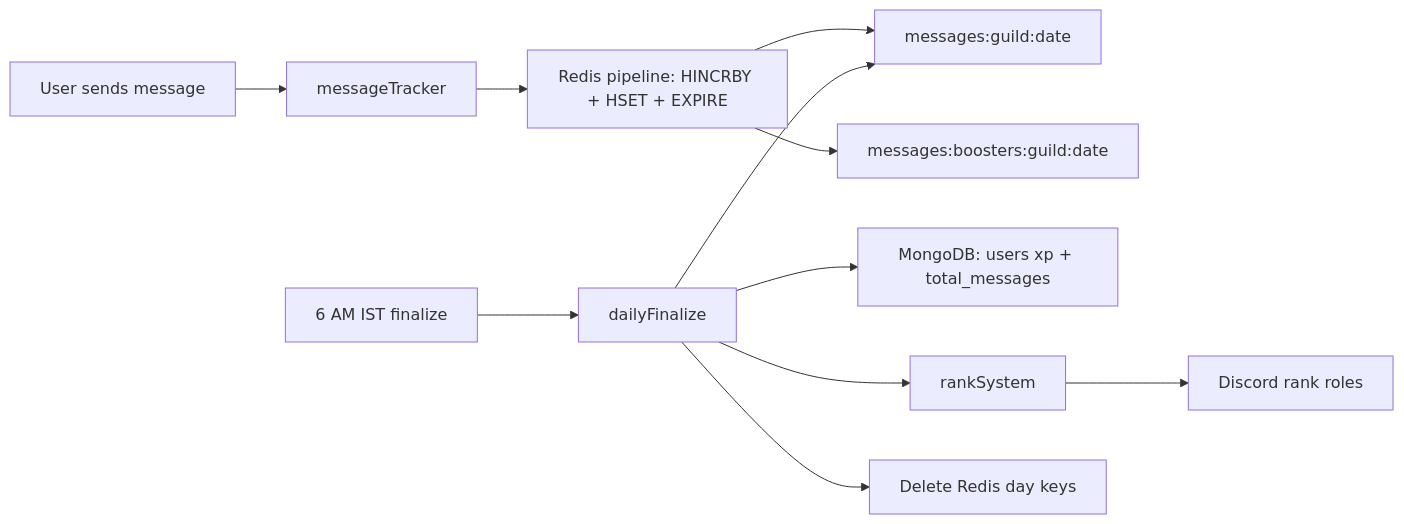
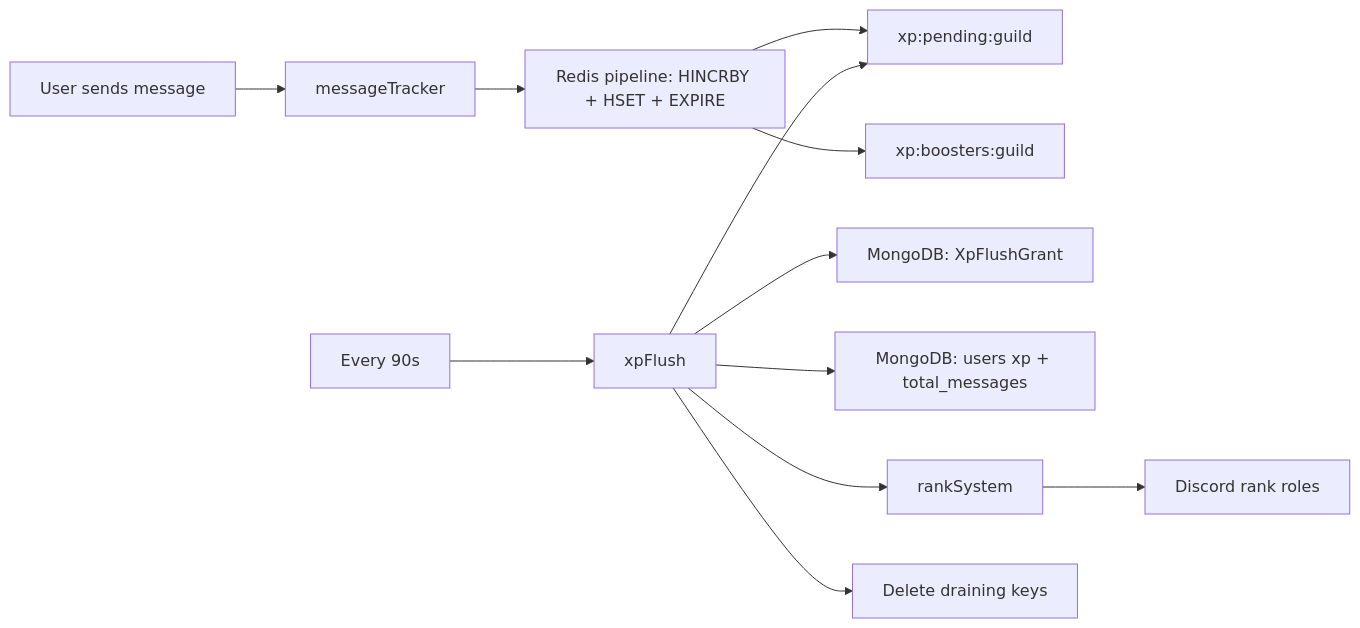
Before and after one commit to Vasumitra-Gajbhiye/Ralevel-Discord-Bot: the first of 3 diagrams in docs/database.md, drawn with Mermaid. The commit also changed other lines of this file and 26 other files, not shown here.

````diff
--- a/docs/database.md
+++ b/docs/database.md
@@ -464,14 +477,15 @@
 ```mermaid
 flowchart LR
     MSG[User sends message] --> MT[messageTracker]
     MT --> Pipe["Redis pipeline: HINCRBY + HSET + EXPIRE"]
-    Pipe --> R1["messages:guild:date"]
-    Pipe --> R2["messages:boosters:guild:date"]
+    Pipe --> R1["xp:pending:guild"]
+    Pipe --> R2["xp:boosters:guild"]
 
-    SCHED[6 AM IST finalize] --> FIN[dailyFinalize]
+    SCHED[Every 90s] --> FIN[xpFlush]
     FIN --> R1
+    FIN --> LEDGER["MongoDB: XpFlushGrant"]
     FIN --> MONGO["MongoDB: users xp + total_messages"]
     FIN --> RANK[rankSystem]
     RANK --> ROLES[Discord rank roles]
-    FIN --> DEL[Delete Redis day keys]
+    FIN --> DEL[Delete draining keys]
 ```
````
